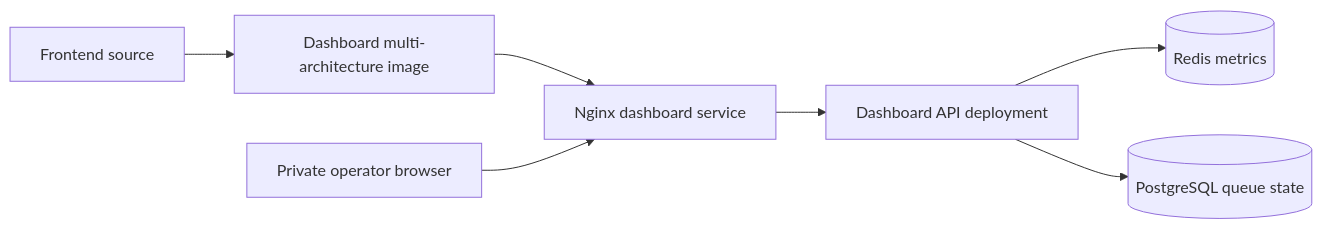
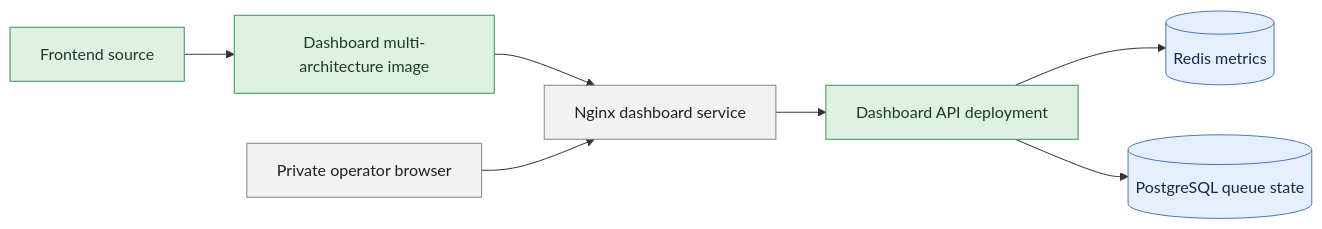
One commit to winrates-gg/wrgg-public-documentation changed the third of 3 diagrams in docs/frontend-delivery.md. Above: the diagram before and after it, drawn with Mermaid. The commit also changed other lines of this file and 1 other file, not shown here.

Commit message:
Added legend to clarify diagram color coding

````diff
--- a/docs/frontend-delivery.md
+++ b/docs/frontend-delivery.md
@@ -123,17 +148,24 @@
 ```mermaid
 flowchart LR
     Source[Frontend source]
     Image[Dashboard multi-architecture image]
     Nginx[Nginx dashboard service]
     API[Dashboard API deployment]
     Redis[(Redis metrics)]
     DB[(PostgreSQL queue state)]
     Operator[Private operator browser]
 
     Source --> Image
     Image --> Nginx
     Operator --> Nginx
     Nginx --> API
     API --> Redis
     API --> DB
+
+    classDef user fill:#f2f2f2,stroke:#858585,color:#202020
+    classDef backend fill:#dff1e5,stroke:#3b8f5a,color:#1d3b26
+    classDef aws fill:#e5efff,stroke:#4c78b8,color:#162a47
+    class Operator,Nginx user
+    class Source,Image,API backend
+    class Redis,DB aws
 ```
````
